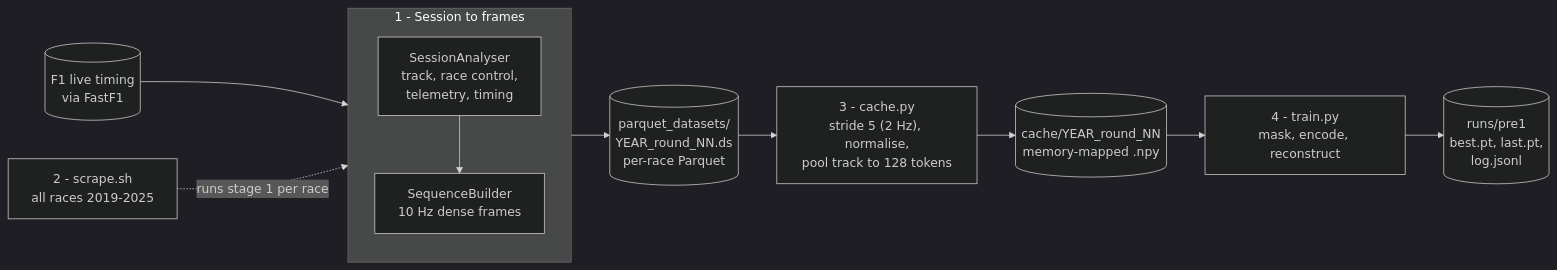
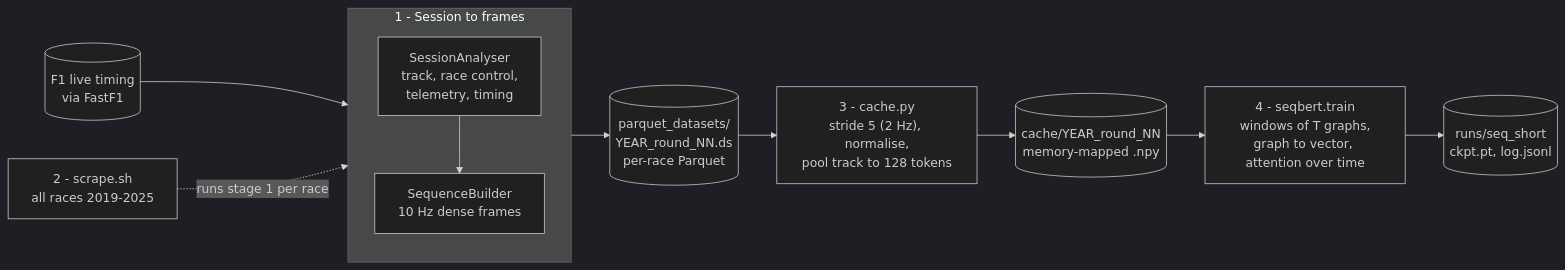
One commit to todortoth/Formula-1 changed the first of 3 diagrams in README.md. Above: the diagram before and after it, drawn with Mermaid (dark theme). The commit also changed other lines of this file and 31 other files, not shown here.

````diff
--- a/README.md
+++ b/README.md
@@ -70,14 +88,14 @@
 ```mermaid
 flowchart LR
     API[("F1 live timing<br/>via FastF1")] --> S1
     subgraph S1 ["1 - Session to frames"]
         direction TB
         SA["SessionAnalyser<br/>track, race control,<br/>telemetry, timing"] --> SB["SequenceBuilder<br/>10 Hz dense frames"]
     end
     S1 --> PQ[("parquet_datasets/<br/>YEAR_round_NN.ds<br/>per-race Parquet")]
     PQ --> C["3 - cache.py<br/>stride 5 (2 Hz), normalise,<br/>pool track to 128 tokens"]
     C --> NPY[("cache/YEAR_round_NN<br/>memory-mapped .npy")]
-    NPY --> T["4 - train.py<br/>mask, encode, reconstruct"]
-    T --> CK[("runs/pre1<br/>best.pt, last.pt,<br/>log.jsonl")]
+    NPY --> Q["4 - seqbert.train<br/>windows of T graphs,<br/>graph to vector, attention over time"]
+    Q --> QK[("runs/seq_short<br/>ckpt.pt, log.jsonl")]
     SC["2 - scrape.sh<br/>all races 2019-2025"] -.->|"runs stage 1 per race"| S1
 ```
````
